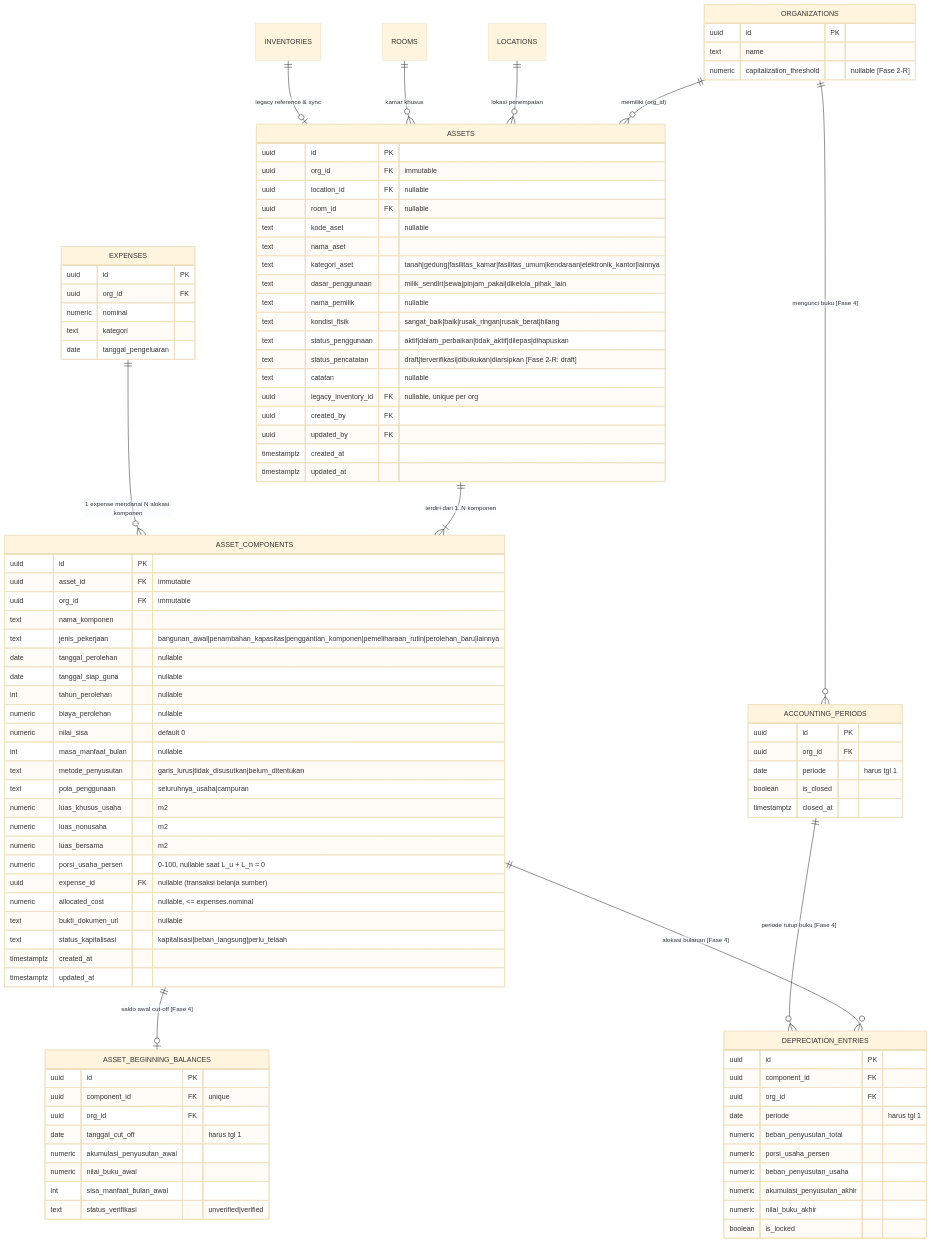
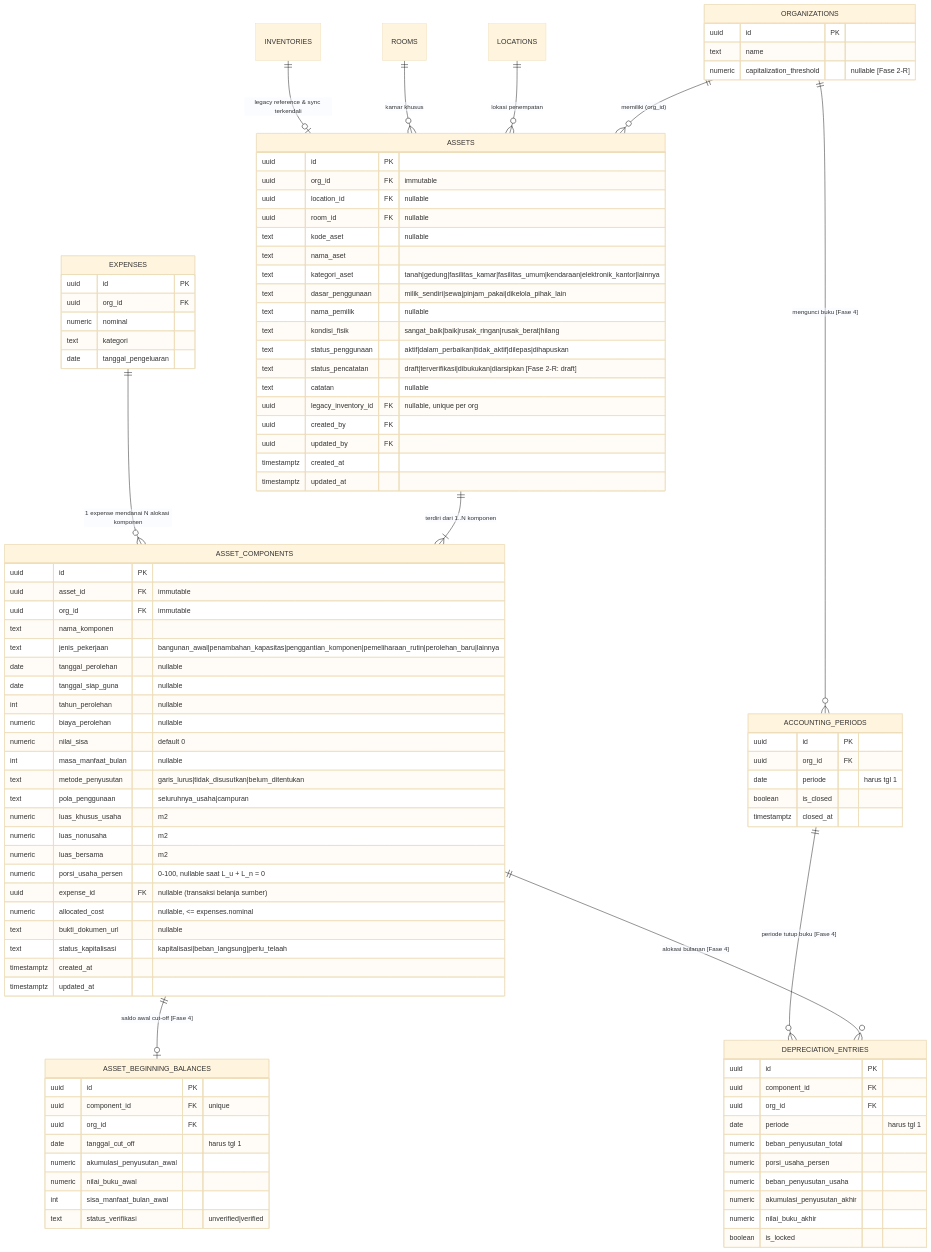
The first of 2 diagrams in docs/aset-inventaris-technical-design.md (rhesal/simkos-v2), drawn with Mermaid (base theme) before and after one commit. The commit also changed other lines of this file and 5 other files, not shown here.

```diff
--- a/docs/aset-inventaris-technical-design.md
+++ b/docs/aset-inventaris-technical-design.md
@@ -104,7 +105,7 @@
     ORGANIZATIONS ||--o{ ACCOUNTING_PERIODS : "mengunci buku [Fase 4]"
     LOCATIONS ||--o{ ASSETS : "lokasi penempatan"
     ROOMS ||--o{ ASSETS : "kamar khusus"
-    INVENTORIES ||--o| ASSETS : "legacy reference & sync"
+    INVENTORIES ||--o| ASSETS : "legacy reference & sync terkendali"
     
     ASSETS ||--|{ ASSET_COMPONENTS : "terdiri dari 1..N komponen"
     EXPENSES ||--o{ ASSET_COMPONENTS : "1 expense mendanai N alokasi komponen"
```
